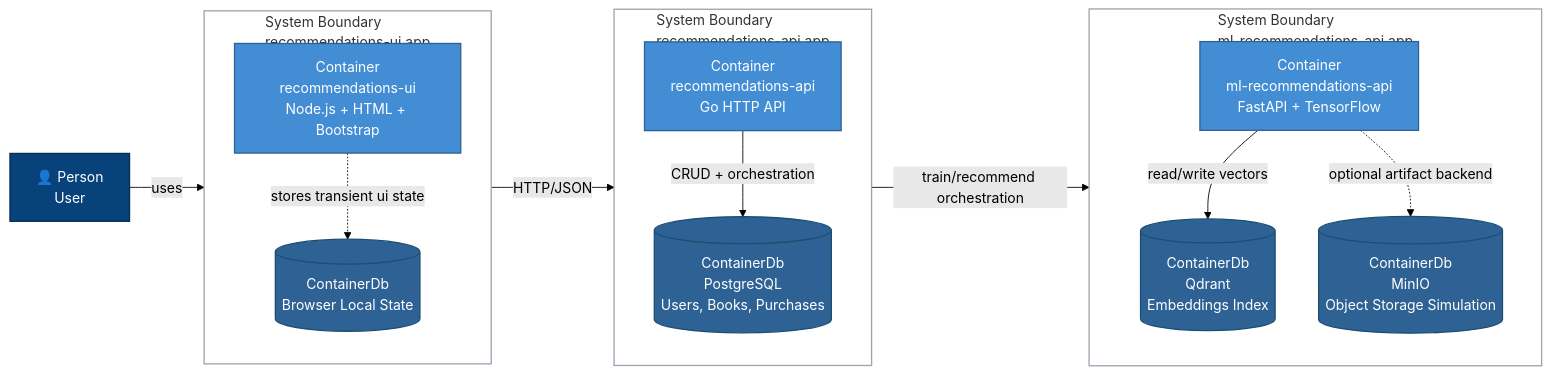
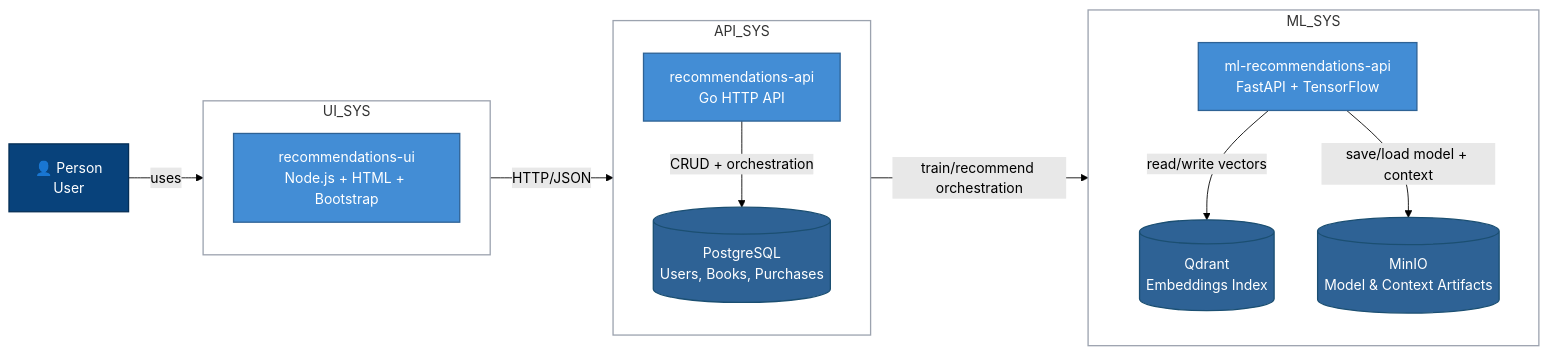
One commit to daividpaulo/book-recommendation-system changed the diagram in README.md. Above: the diagram before and after it, drawn with Mermaid (forest theme). The commit also changed other lines of this file and 14 other files, not shown here.

````diff
--- a/README.md
+++ b/README.md
@@ -55,43 +68,41 @@
 ```mermaid
 flowchart LR
     U["👤 Person<br/>User"]
 
-    subgraph UI_SYS["System Boundary<br/>recommendations-ui app"]
+    subgraph UI_SYS
       direction TB
-      UI["Container<br/>recommendations-ui<br/>Node.js + HTML + Bootstrap"]
-      UI_DB[("ContainerDb<br/>Browser Local State")]
-      UI -.->|stores transient ui state| UI_DB
+      UI["recommendations-ui<br/>Node.js + HTML + Bootstrap"]
     end
 
-    subgraph API_SYS["System Boundary<br/>recommendations-api app"]
+    subgraph API_SYS
       direction TB
-      API["Container<br/>recommendations-api<br/>Go HTTP API"]
-      PG[("ContainerDb<br/>PostgreSQL<br/>Users, Books, Purchases")]
+      API["recommendations-api<br/>Go HTTP API"]
+      PG[("PostgreSQL<br/>Users, Books, Purchases")]
       API -->|CRUD + orchestration| PG
     end
 
-    subgraph ML_SYS["System Boundary<br/>ml-recommendations-api app"]
+    subgraph ML_SYS
       direction TB
-      ML["Container<br/>ml-recommendations-api<br/>FastAPI + TensorFlow"]
-      QD[("ContainerDb<br/>Qdrant<br/>Embeddings Index")]
-      MI[("ContainerDb<br/>MinIO<br/>Object Storage Simulation")]
+      ML["ml-recommendations-api<br/>FastAPI + TensorFlow"]
+      QD[("Qdrant<br/>Embeddings Index")]
+      MI[("MinIO<br/>Model & Context Artifacts")]
       ML -->|read/write vectors| QD
-      ML -.->|optional artifact backend| MI
+      ML -->|save/load model + context| MI
     end
 
     U -->|uses| UI
     UI -->|HTTP/JSON| API
     API -->|train/recommend orchestration| ML
 
     classDef person fill:#08427B,color:#FFFFFF,stroke:#052E56,stroke-width:1.5px;
     classDef container fill:#438DD5,color:#FFFFFF,stroke:#2E6295,stroke-width:1.5px;
     classDef database fill:#2E6295,color:#FFFFFF,stroke:#1B4F72,stroke-width:1.5px;
 
     class U person;
     class UI,API,ML container;
-    class UI_DB,PG,QD,MI database;
+    class PG,QD,MI database;
 
     style UI_SYS fill:transparent,stroke:#9CA3AF,stroke-width:1.5px
     style API_SYS fill:transparent,stroke:#9CA3AF,stroke-width:1.5px
     style ML_SYS fill:transparent,stroke:#9CA3AF,stroke-width:1.5px
 ```
````
